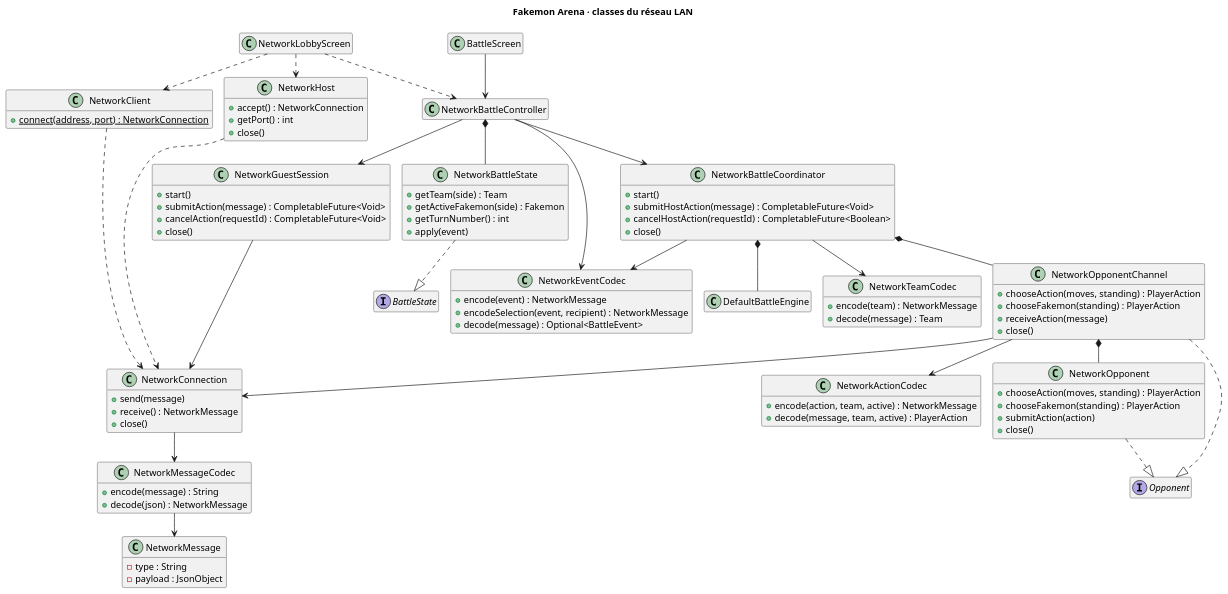
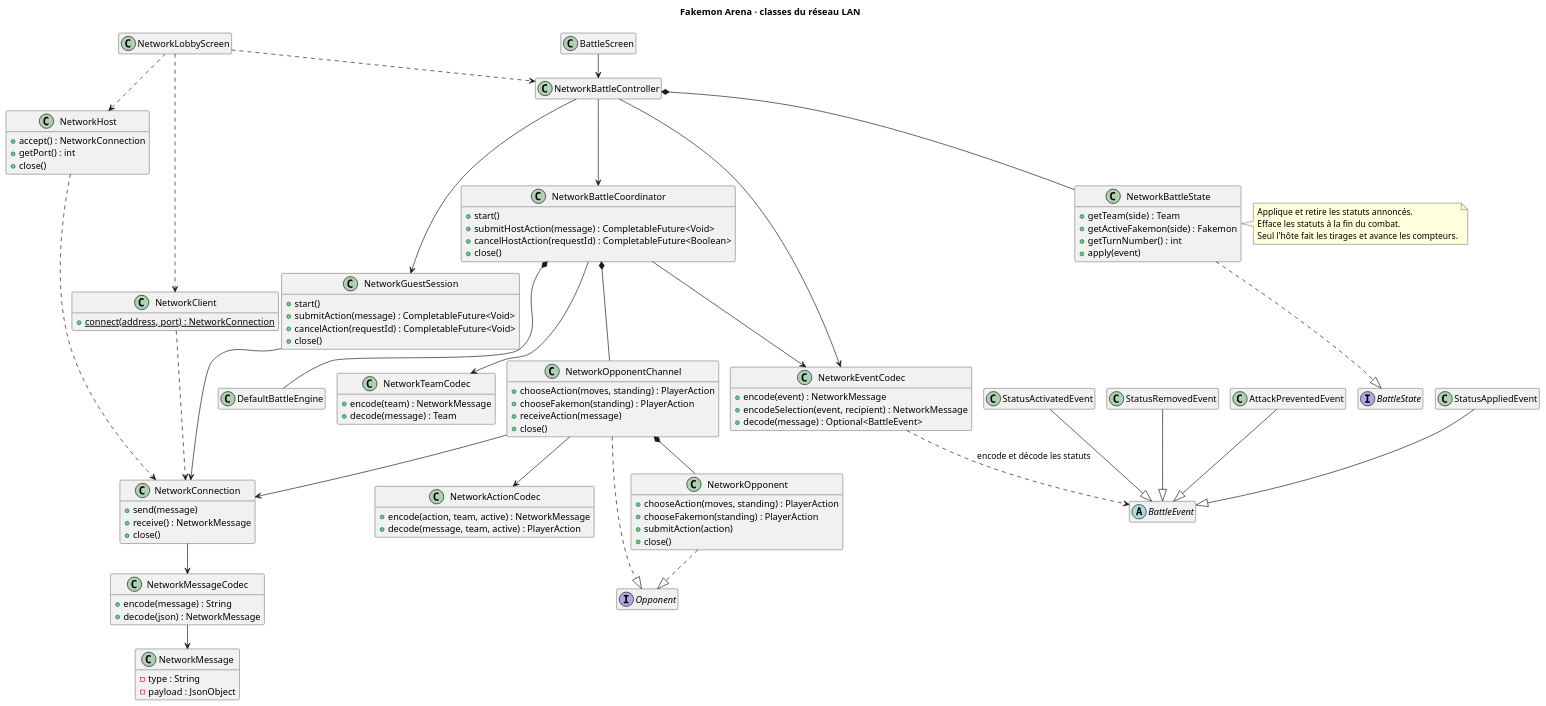
One commit to OnerAliCan/fakemon-arena changed the diagram in docs/uml/classes-reseau.puml. Above: the diagram before and after it, drawn with PlantUML. The commit also changed 41 other files, not shown here.

```diff
--- a/docs/uml/classes-reseau.puml
+++ b/docs/uml/classes-reseau.puml
@@ -1,101 +1,116 @@
 @startuml classes-reseau
 !pragma layout smetana
 skinparam dpi 110
 skinparam shadowing false
 skinparam defaultFontName "Segoe UI"
 hide empty members
 title Fakemon Arena · classes du réseau LAN
 interface Opponent
 interface BattleState
 class NetworkMessage {
   - type : String
   - payload : JsonObject
 }
 class NetworkMessageCodec {
   + encode(message) : String
   + decode(json) : NetworkMessage
 }
 class NetworkActionCodec {
   + encode(action, team, active) : NetworkMessage
   + decode(message, team, active) : PlayerAction
 }
 class NetworkEventCodec {
   + encode(event) : NetworkMessage
   + encodeSelection(event, recipient) : NetworkMessage
   + decode(message) : Optional<BattleEvent>
 }
 class NetworkTeamCodec {
   + encode(team) : NetworkMessage
   + decode(message) : Team
 }
 class NetworkConnection {
   + send(message)
   + receive() : NetworkMessage
   + close()
 }
 class NetworkHost {
   + accept() : NetworkConnection
   + getPort() : int
   + close()
 }
 class NetworkClient {
   + {static} connect(address, port) : NetworkConnection
 }
 class NetworkOpponent {
   + chooseAction(moves, standing) : PlayerAction
   + chooseFakemon(standing) : PlayerAction
   + submitAction(action)
   + close()
 }
 class NetworkOpponentChannel {
   + chooseAction(moves, standing) : PlayerAction
   + chooseFakemon(standing) : PlayerAction
   + receiveAction(message)
   + close()
 }
 class NetworkBattleCoordinator {
   + start()
   + submitHostAction(message) : CompletableFuture<Void>
   + cancelHostAction(requestId) : CompletableFuture<Boolean>
   + close()
 }
 class NetworkGuestSession {
   + start()
   + submitAction(message) : CompletableFuture<Void>
   + cancelAction(requestId) : CompletableFuture<Void>
   + close()
 }
 class NetworkBattleState {
   + getTeam(side) : Team
   + getActiveFakemon(side) : Fakemon
   + getTurnNumber() : int
   + apply(event)
 }
 class NetworkBattleController
 class NetworkLobbyScreen
 class BattleScreen
 class DefaultBattleEngine
+abstract class BattleEvent
+class StatusAppliedEvent
+class StatusActivatedEvent
+class StatusRemovedEvent
+class AttackPreventedEvent
 NetworkConnection --> NetworkMessageCodec
 NetworkMessageCodec --> NetworkMessage
 NetworkHost ..> NetworkConnection
 NetworkClient ..> NetworkConnection
 NetworkOpponent ..|> Opponent
 NetworkOpponentChannel ..|> Opponent
 NetworkBattleState ..|> BattleState
 NetworkOpponentChannel *-- NetworkOpponent
 NetworkOpponentChannel --> NetworkActionCodec
 NetworkOpponentChannel --> NetworkConnection
 NetworkBattleCoordinator *-- DefaultBattleEngine
 NetworkBattleCoordinator *-- NetworkOpponentChannel
 NetworkBattleCoordinator --> NetworkEventCodec
 NetworkBattleCoordinator --> NetworkTeamCodec
 NetworkGuestSession --> NetworkConnection
 NetworkBattleController --> NetworkBattleCoordinator
 NetworkBattleController --> NetworkGuestSession
 NetworkBattleController *-- NetworkBattleState
 NetworkBattleController --> NetworkEventCodec
 BattleScreen --> NetworkBattleController
 NetworkLobbyScreen ..> NetworkHost
 NetworkLobbyScreen ..> NetworkClient
 NetworkLobbyScreen ..> NetworkBattleController
+StatusAppliedEvent --|> BattleEvent
+StatusActivatedEvent --|> BattleEvent
+StatusRemovedEvent --|> BattleEvent
+AttackPreventedEvent --|> BattleEvent
+NetworkEventCodec ..> BattleEvent : encode et décode les statuts
+note right of NetworkBattleState
+  Applique et retire les statuts annoncés.
+  Efface les statuts à la fin du combat.
+  Seul l'hôte fait les tirages et avance les compteurs.
+end note
 @enduml
```
